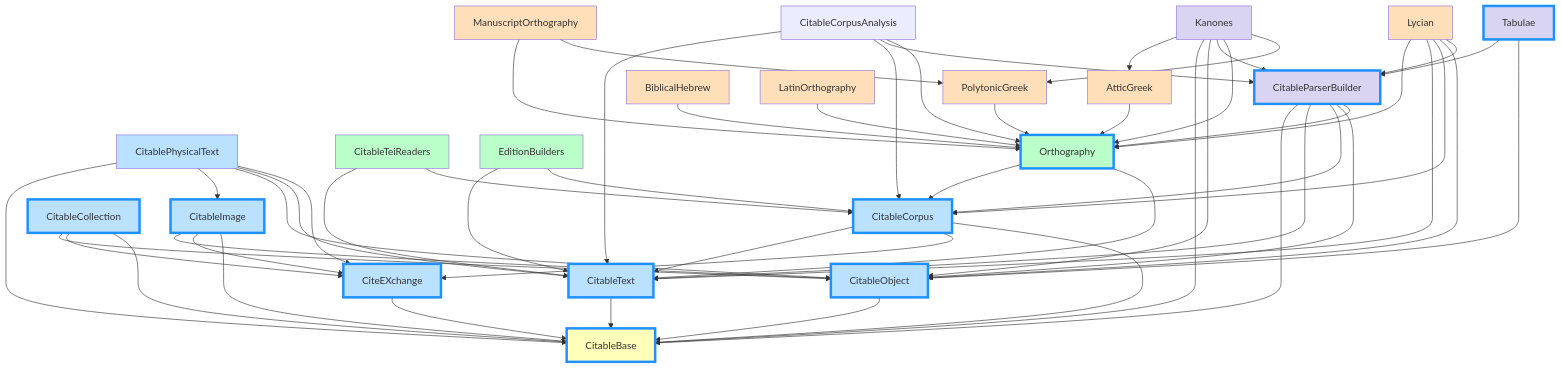
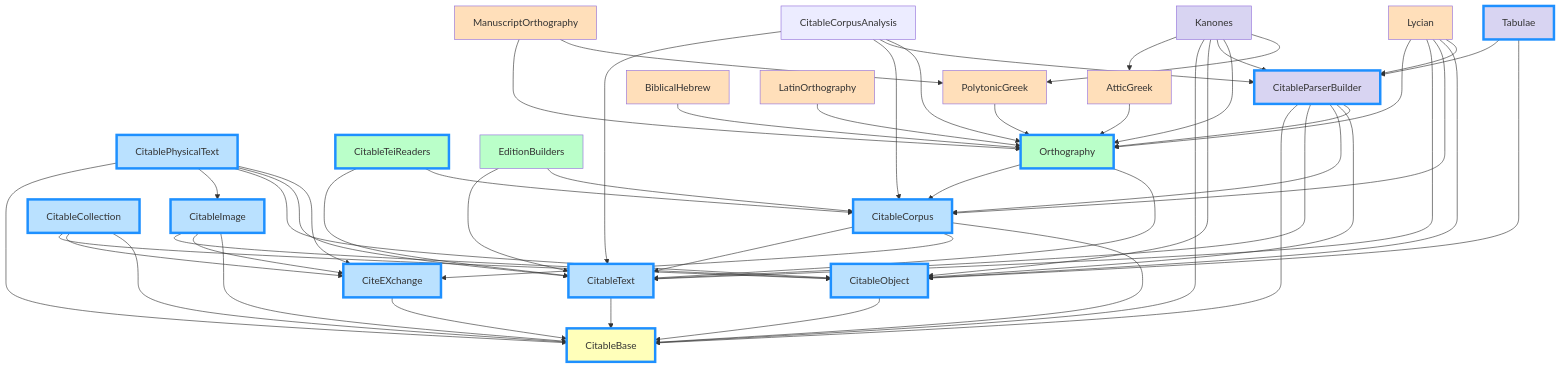
The first of 3 diagrams in digschol/pkg_graph/index.qmd (neelsmith/quart-home), drawn with Mermaid before and after one commit.

Commit message:
Add TEi Readers package

````diff
--- a/digschol/pkg_graph/index.qmd
+++ b/digschol/pkg_graph/index.qmd
@@ -35,10 +35,12 @@
 CitablePhysicalText --> CitableObject
 CitablePhysicalText --> CitableText
 CitablePhysicalText --> CiteEXchange
-
+click CitablePhysicalText "https://neelsmith.quarto.pub/citablephysicaltext/" "Citable physical texts"
 
 CitableTeiReaders --> CitableText
 CitableTeiReaders --> CitableCorpus
+click CitableTeiReaders "https://neelsmith.quarto.pub/citableteireaders/" "Make marked up texts citable"
+
 
 EditionBuilders --> CitableText
 EditionBuilders --> CitableCorpus
@@ -110,5 +112,5 @@
 classDef morph fill:#d8d4f2
 class CitableParserBuilder,Kanones,Tabulae morph
 
-class CitableBase,CitableText,CitableObject,CiteEXchange,CitableImage,CitableCorpus,CitableCollection,Orthography,CitableParserBuilder,Tabulae quarto
+class CitableBase,CitableText,CitableObject,CiteEXchange,CitableImage,CitableCorpus,CitableCollection,CitablePhysicalText,Orthography,CitableTeiReaders,CitableParserBuilder,Tabulae quarto
 ```
````
